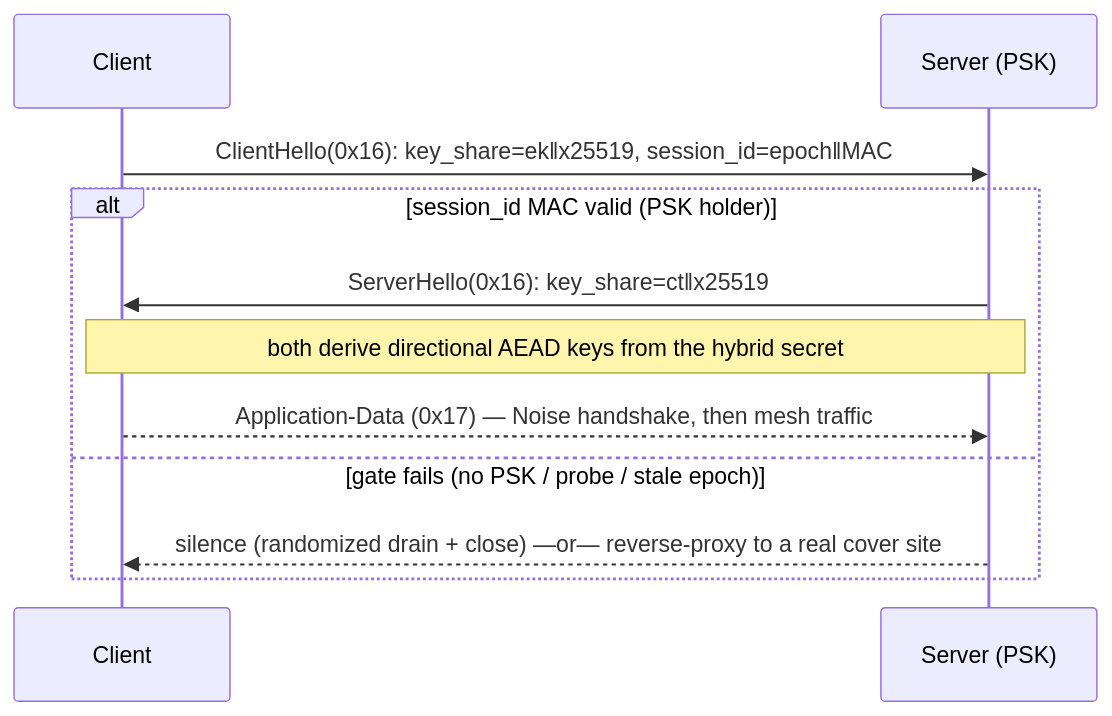
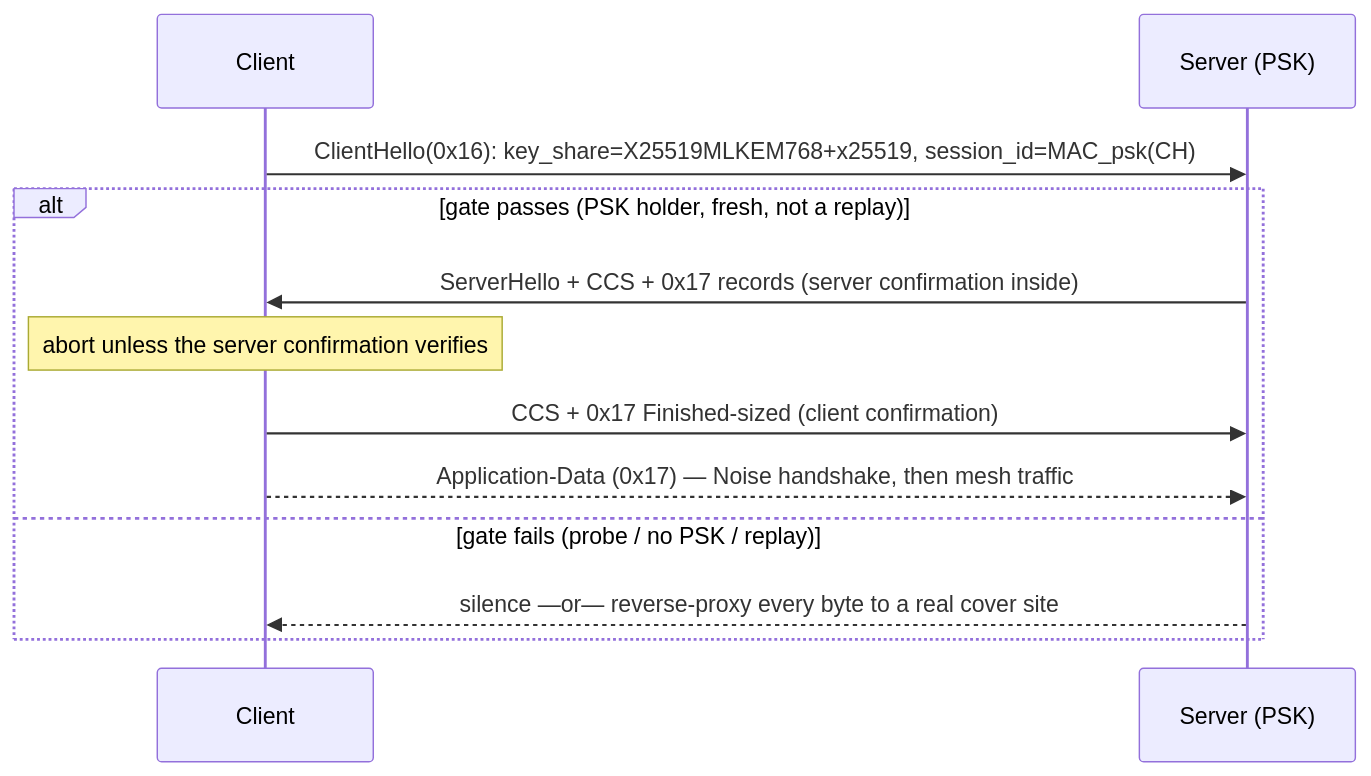
Before and after one commit to AlexMelanFromRingo/uber-mesh: the second of 3 diagrams in ARCHITECTURE.md, drawn with Mermaid. The commit also changed other lines of this file and 9 other files, not shown here.

````diff
--- a/ARCHITECTURE.md
+++ b/ARCHITECTURE.md
@@ -109,13 +114,14 @@
 ```mermaid
 sequenceDiagram
     participant C as Client
     participant S as Server (PSK)
-    C->>S: ClientHello(0x16): key_share=ek‖x25519, session_id=epoch‖MAC
-    alt session_id MAC valid (PSK holder)
-        S->>C: ServerHello(0x16): key_share=ct‖x25519
-        Note over C,S: both derive directional AEAD keys from the hybrid secret
+    C->>S: ClientHello(0x16): key_share=X25519MLKEM768+x25519, session_id=MAC_psk(CH)
+    alt gate passes (PSK holder, fresh, not a replay)
+        S->>C: ServerHello + CCS + 0x17 records (server confirmation inside)
+        Note over C: abort unless the server confirmation verifies
+        C->>S: CCS + 0x17 Finished-sized (client confirmation)
         C-->>S: Application-Data (0x17) — Noise handshake, then mesh traffic
-    else gate fails (no PSK / probe / stale epoch)
-        S-->>C: silence (randomized drain + close)  —or—  reverse-proxy to a real cover site
+    else gate fails (probe / no PSK / replay)
+        S-->>C: silence  —or—  reverse-proxy every byte to a real cover site
     end
 ```
````
